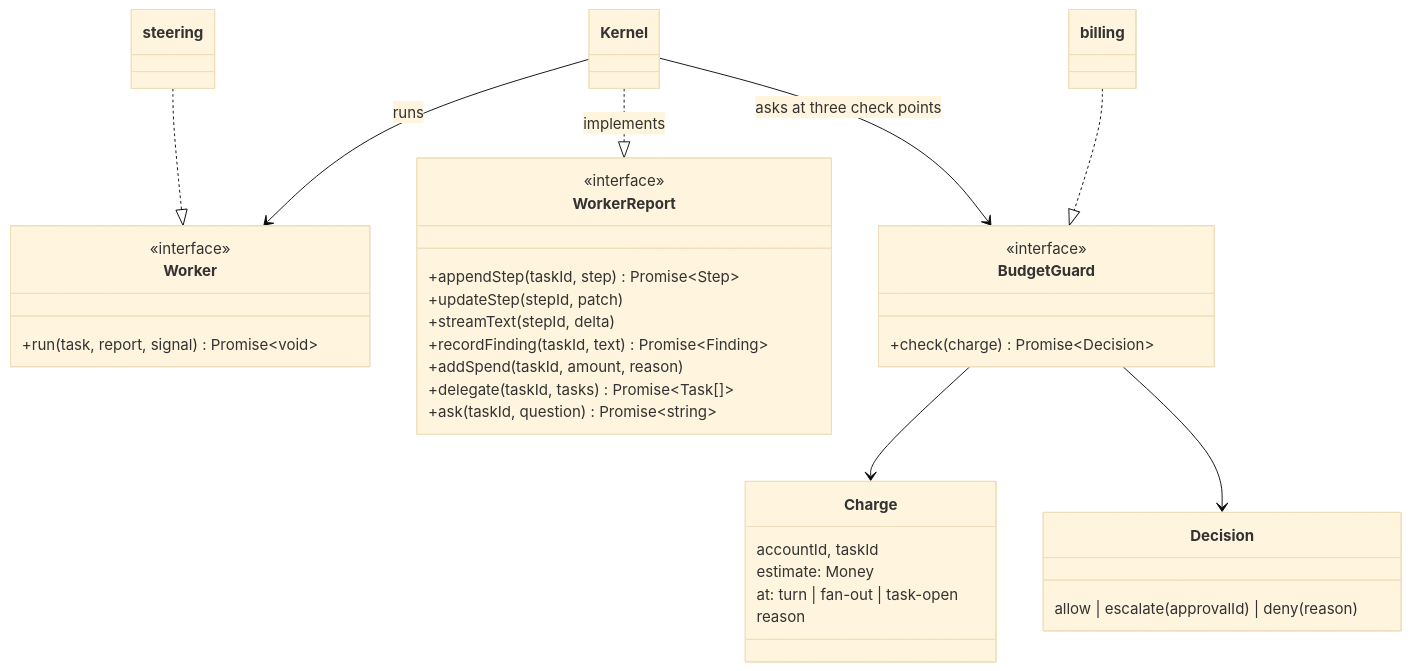
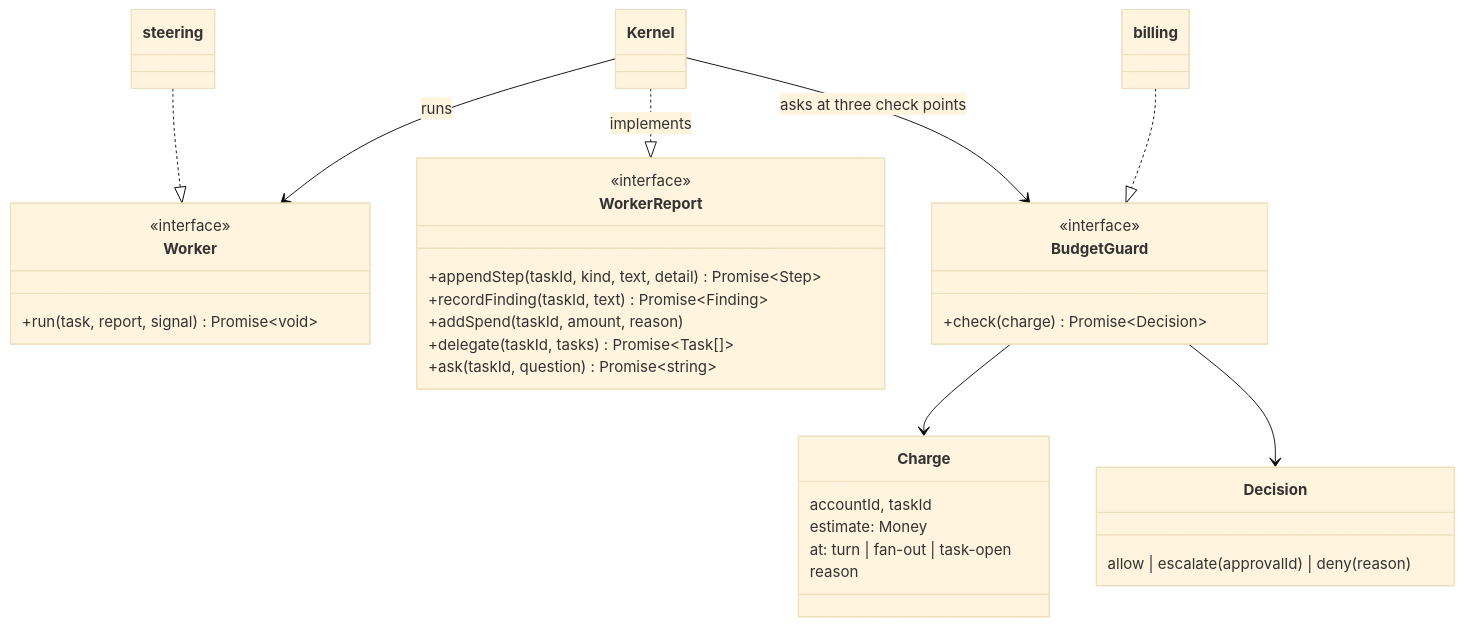
One commit to ziyangliu-666/lumen-next changed the seventh of 15 diagrams in docs/ARCHITECTURE.md. Above: the diagram before and after it, drawn with Mermaid (base theme). The commit also changed other lines of this file and 22 other files, not shown here.

````diff
--- a/docs/ARCHITECTURE.md
+++ b/docs/ARCHITECTURE.md
@@ -377,37 +384,35 @@
 ```mermaid
 classDiagram
   class Worker {
     <<interface>>
     +run(task, report, signal) Promise~void~
   }
   class WorkerReport {
     <<interface>>
-    +appendStep(taskId, step) Promise~Step~
-    +updateStep(stepId, patch)
-    +streamText(stepId, delta)
+    +appendStep(taskId, kind, text, detail) Promise~Step~
     +recordFinding(taskId, text) Promise~Finding~
     +addSpend(taskId, amount, reason)
     +delegate(taskId, tasks) Promise~Task[]~
     +ask(taskId, question) Promise~string~
   }
   class BudgetGuard {
     <<interface>>
     +check(charge) Promise~Decision~
   }
   class Charge {
     accountId, taskId
     estimate: Money
     at: turn | fan-out | task-open
     reason
   }
   class Decision {
     allow | escalate(approvalId) | deny(reason)
   }
   Kernel --> Worker : runs
   Kernel ..|> WorkerReport : implements
   Kernel --> BudgetGuard : asks at three check points
   steering ..|> Worker
   billing ..|> BudgetGuard
   BudgetGuard --> Charge
   BudgetGuard --> Decision
 ```
````
